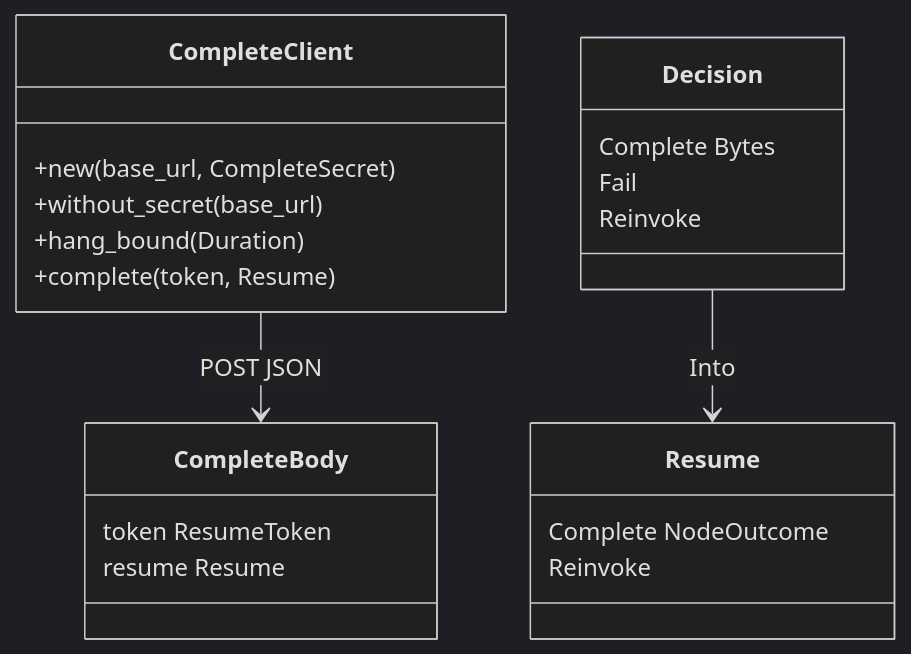
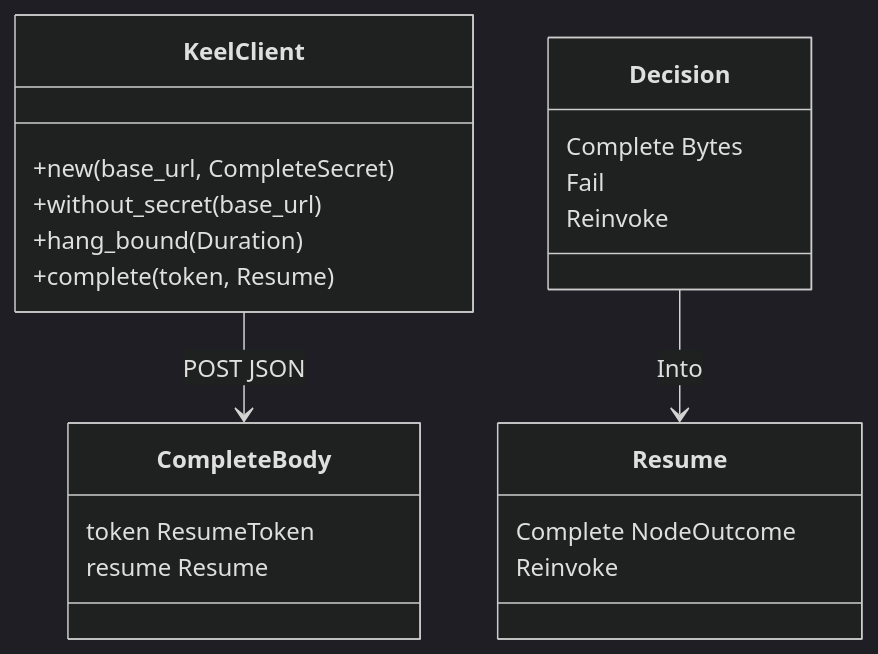
Before and after one commit to nessalabs/keel-rt: the third of 5 diagrams in docs/ARCHITECTURE.md, drawn with Mermaid (dark theme). The commit also changed other lines of this file and 9 other files, not shown here.

First line of the commit message:
refactor: rename CompleteClient to KeelClient

````diff
--- a/docs/ARCHITECTURE.md
+++ b/docs/ARCHITECTURE.md
@@ -116,24 +116,24 @@
 ```mermaid
 classDiagram
-  class CompleteClient {
+  class KeelClient {
     +new(base_url, CompleteSecret)
     +without_secret(base_url)
     +hang_bound(Duration)
     +complete(token, Resume)
   }
   class Decision {
     Complete Bytes
     Fail
     Reinvoke
   }
   class CompleteBody {
     token ResumeToken
     resume Resume
   }
   class Resume {
     Complete NodeOutcome
     Reinvoke
   }
   Decision --> Resume : Into
-  CompleteClient --> CompleteBody : POST JSON
+  KeelClient --> CompleteBody : POST JSON
 ```
````
